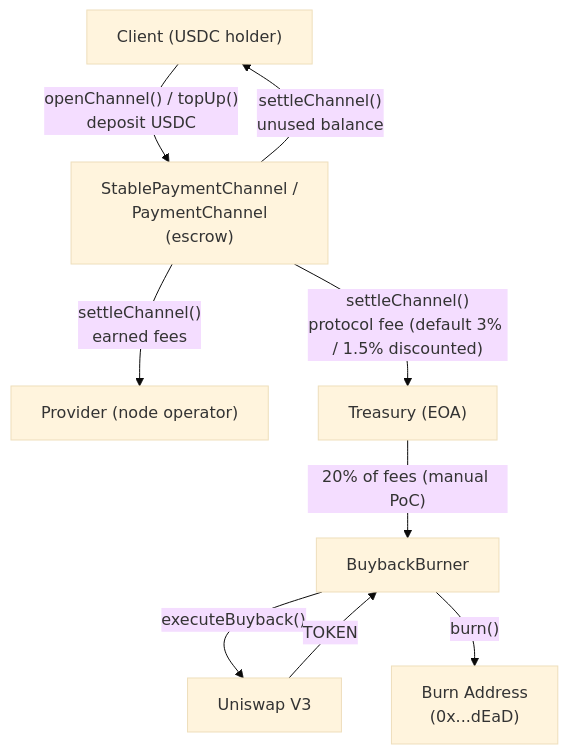
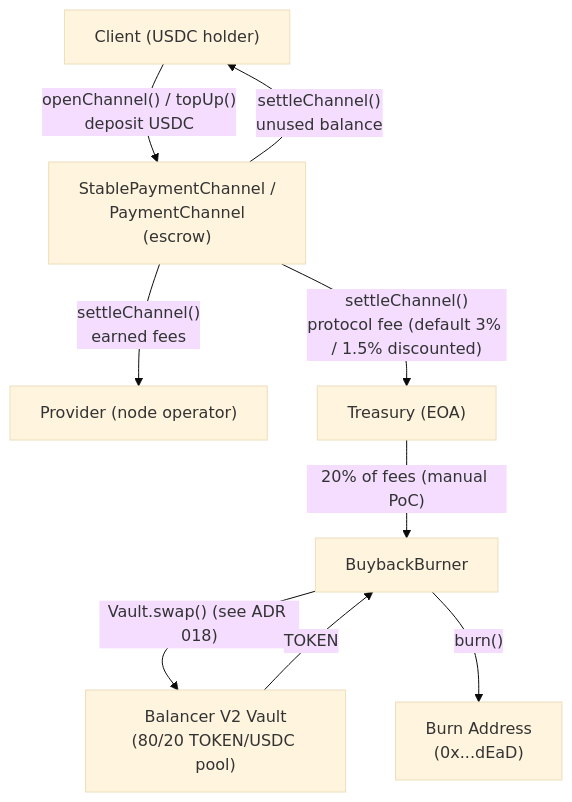
The third of 4 diagrams in adr/016-contract-interactions.md (decdn/decdn), drawn with Mermaid (base theme) before and after one commit. The commit also changed other lines of this file and 5 other files, not shown here.

First line of the commit message:
docs: add ADR 018 liquidity strategy (Balancer 80/20 POL)

````diff
--- a/adr/016-contract-interactions.md
+++ b/adr/016-contract-interactions.md
@@ -155,19 +155,19 @@
 ```mermaid
 flowchart TD
     Client["Client (USDC holder)"]
     SPC["StablePaymentChannel /<br/>PaymentChannel<br/>(escrow)"]
     Provider["Provider (node operator)"]
     Treasury["Treasury (EOA)"]
     BB["BuybackBurner"]
-    UNI["Uniswap V3"]
+    BAL["Balancer V2 Vault<br/>(80/20 TOKEN/USDC pool)"]
     BURN["Burn Address<br/>(0x...dEaD)"]
 
     Client -->|"openChannel() / topUp()<br/>deposit USDC"| SPC
     SPC -->|"settleChannel()<br/>earned fees"| Provider
     SPC -->|"settleChannel()<br/>protocol fee (default 3% / 1.5% discounted)"| Treasury
     SPC -->|"settleChannel()<br/>unused balance"| Client
     Treasury -->|"20% of fees (manual PoC)"| BB
-    BB -->|"executeBuyback()"| UNI
-    UNI -->|"TOKEN"| BB
+    BB -->|"Vault.swap() (see ADR 018)"| BAL
+    BAL -->|"TOKEN"| BB
     BB -->|"burn()"| BURN
 ```
````
